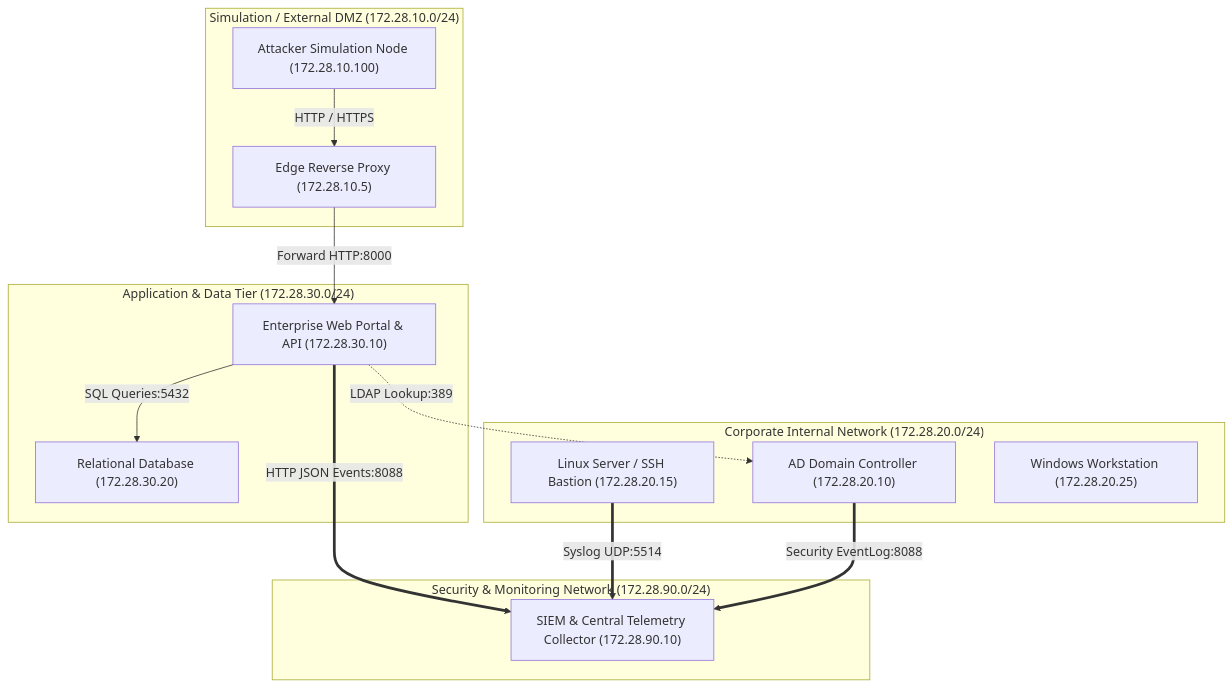
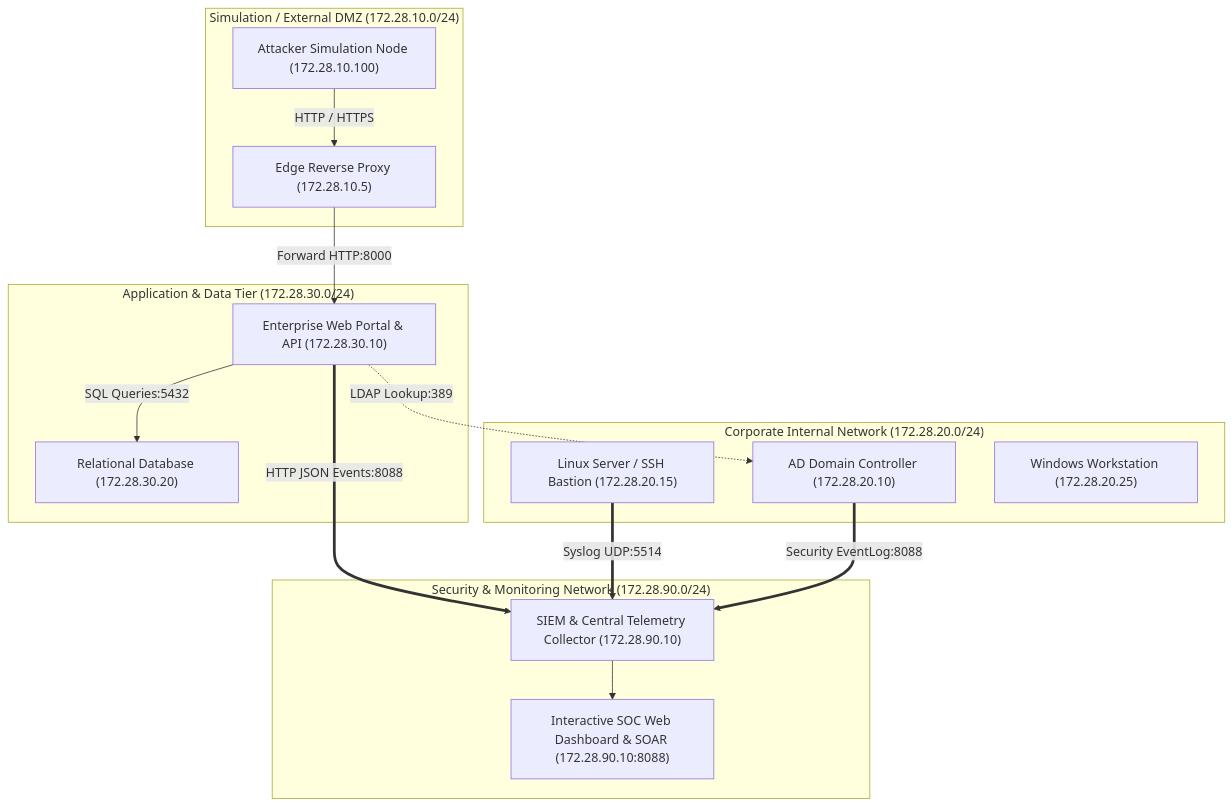
The diagram in README.md (yasaman138/SOC-simulation), drawn with Mermaid before and after one commit. The commit also changed other lines of this file, not shown here.

````diff
--- a/README.md
+++ b/README.md
@@ -15,31 +17,33 @@
 ```mermaid
 graph TD
     subgraph SimulationZone ["Simulation / External DMZ (172.28.10.0/24)"]
         Attacker["Attacker Simulation Node (172.28.10.100)"]
         EdgeProxy["Edge Reverse Proxy (172.28.10.5)"]
     end
 
     subgraph AppTierZone ["Application & Data Tier (172.28.30.0/24)"]
         PortalApp["Enterprise Web Portal & API (172.28.30.10)"]
         AppDB["Relational Database (172.28.30.20)"]
     end
 
     subgraph CorpZone ["Corporate Internal Network (172.28.20.0/24)"]
         ADDC["AD Domain Controller (172.28.20.10)"]
         LinuxSrv["Linux Server / SSH Bastion (172.28.20.15)"]
         WinWkstn["Windows Workstation (172.28.20.25)"]
     end
 
     subgraph SecMonZone ["Security & Monitoring Network (172.28.90.0/24)"]
         SIEM["SIEM & Central Telemetry Collector (172.28.90.10)"]
+        Dashboard["Interactive SOC Web Dashboard & SOAR (172.28.90.10:8088)"]
     end
 
     Attacker -->|HTTP / HTTPS| EdgeProxy
     EdgeProxy -->|Forward HTTP:8000| PortalApp
     PortalApp -->|SQL Queries:5432| AppDB
     PortalApp -.->|LDAP Lookup:389| ADDC
 
     PortalApp ==>|HTTP JSON Events:8088| SIEM
     LinuxSrv ==>|Syslog UDP:5514| SIEM
     ADDC ==>|Security EventLog:8088| SIEM
+    SIEM --> Dashboard
 ```
````
